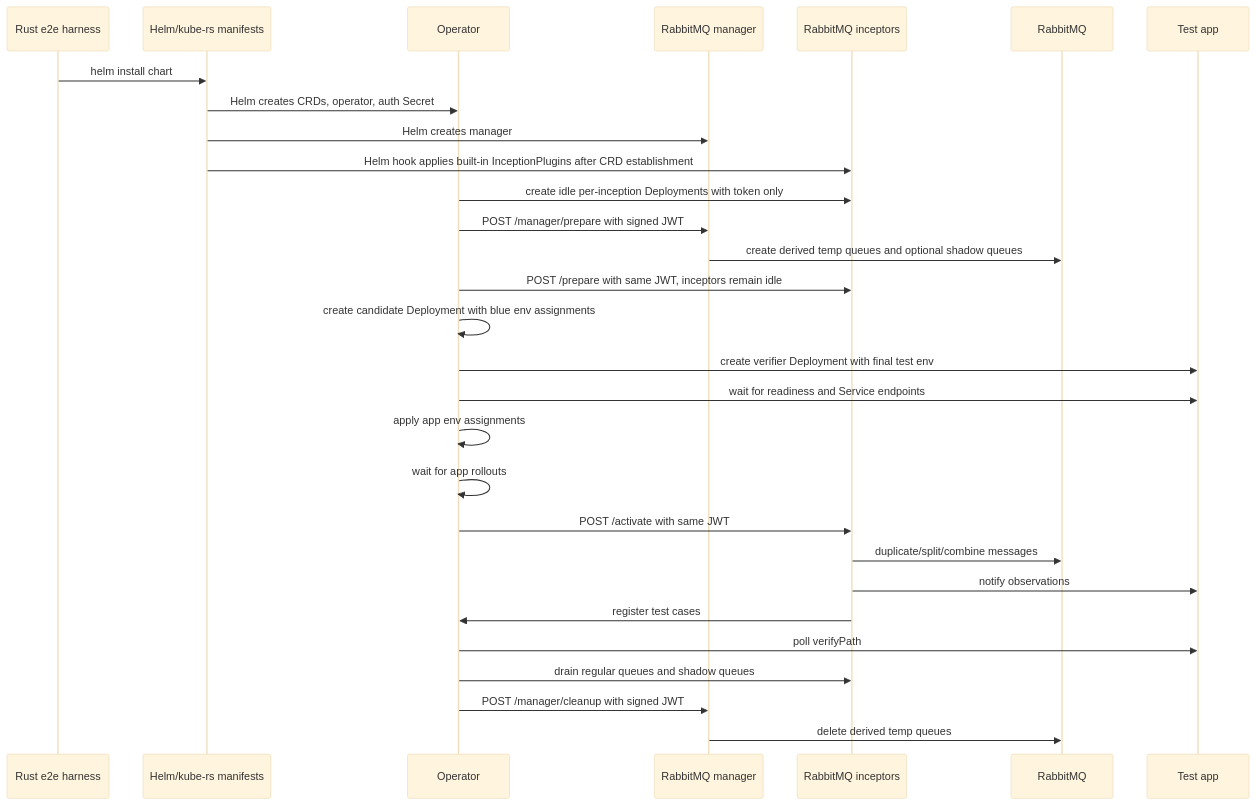
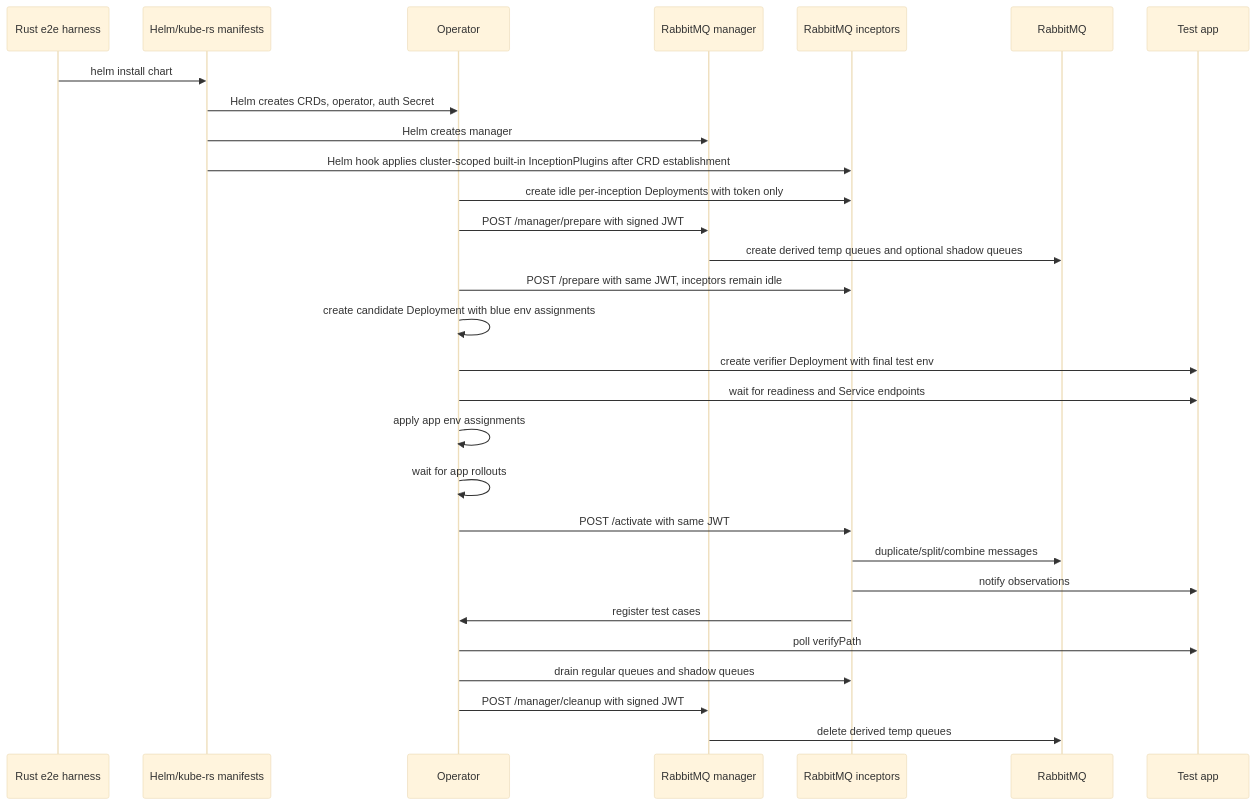
The third of 3 diagrams in docs/testing/e2e.md (dlahmad/fluidbgoperator), drawn with Mermaid (base theme) before and after one commit. The commit also changed 29 other files, not shown here.

````diff
--- a/docs/testing/e2e.md
+++ b/docs/testing/e2e.md
@@ -140,32 +140,32 @@
 ```mermaid
 sequenceDiagram
     participant E as Rust e2e harness
     participant H as Helm/kube-rs manifests
     participant O as Operator
     participant M as RabbitMQ manager
     participant I as RabbitMQ inceptors
     participant R as RabbitMQ
     participant T as Test app
 
     E->>H: helm install chart
     H->>O: Helm creates CRDs, operator, auth Secret
     H->>M: Helm creates manager
-    H->>I: Helm hook applies built-in InceptionPlugins after CRD establishment
+    H->>I: Helm hook applies cluster-scoped built-in InceptionPlugins after CRD establishment
     O->>I: create idle per-inception Deployments with token only
     O->>M: POST /manager/prepare with signed JWT
     M->>R: create derived temp queues and optional shadow queues
     O->>I: POST /prepare with same JWT, inceptors remain idle
     O->>O: create candidate Deployment with blue env assignments
     O->>T: create verifier Deployment with final test env
     O->>T: wait for readiness and Service endpoints
     O->>O: apply app env assignments
     O->>O: wait for app rollouts
     O->>I: POST /activate with same JWT
     I->>R: duplicate/split/combine messages
     I->>T: notify observations
     I->>O: register test cases
     O->>T: poll verifyPath
     O->>I: drain regular queues and shadow queues
     O->>M: POST /manager/cleanup with signed JWT
     M->>R: delete derived temp queues
 ```
````
